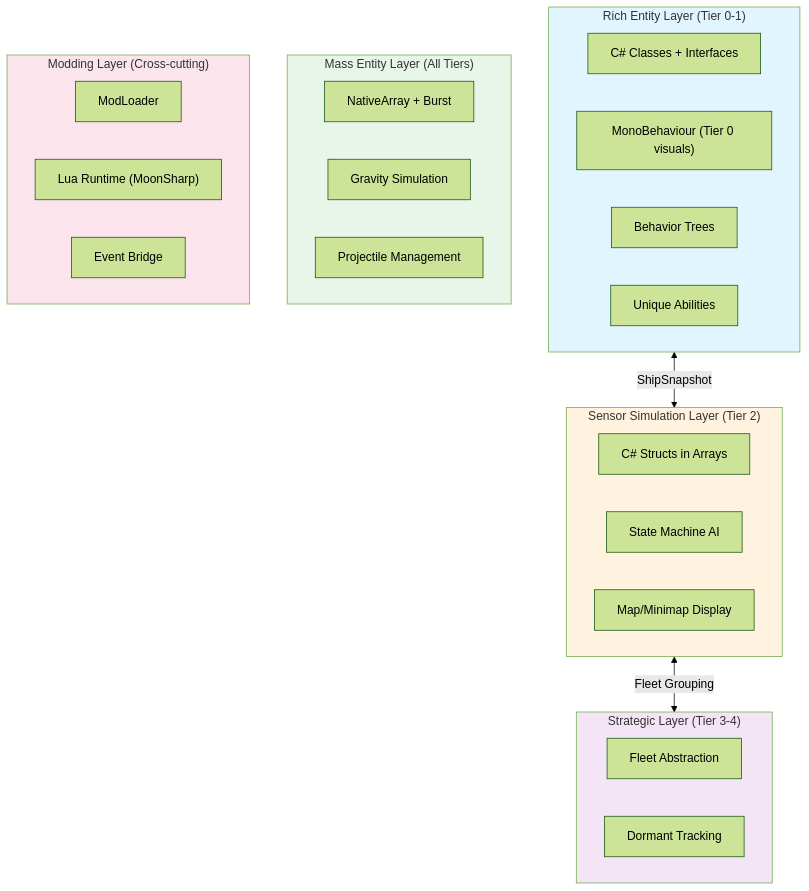
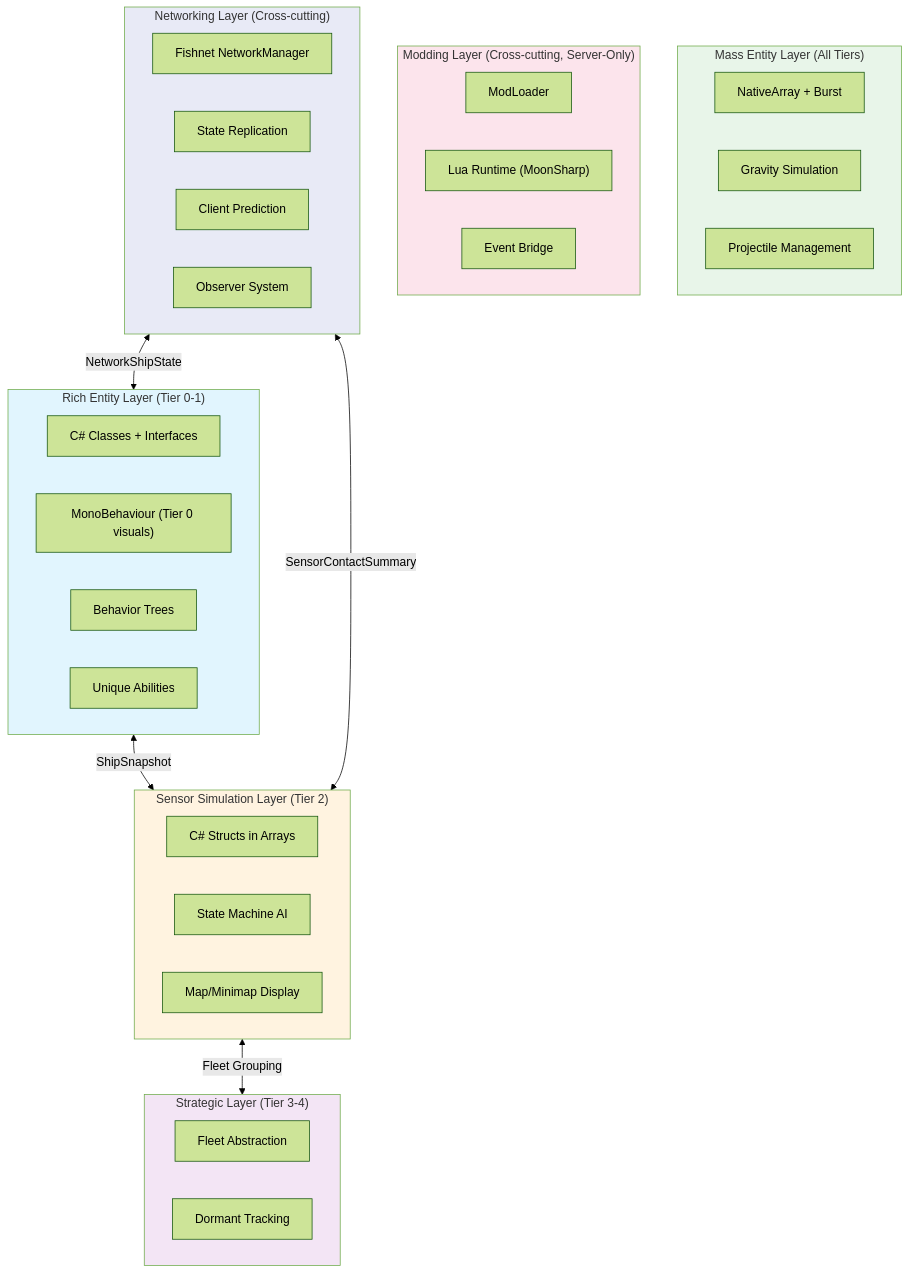
The first of 5 diagrams in .obsidian/architecture/00-overview.md (zephkelly/starfire), drawn with Mermaid (forest theme) before and after one commit. The commit also changed other lines of this file and 1787 other files, not shown here.

````diff
--- a/.obsidian/architecture/00-overview.md
+++ b/.obsidian/architecture/00-overview.md
@@ -21,46 +25,57 @@
 ```mermaid
 graph TB
     subgraph RICH["Rich Entity Layer (Tier 0-1)"]
         direction LR
         OOP["C# Classes + Interfaces"]
         MONO["MonoBehaviour (Tier 0 visuals)"]
         BT["Behavior Trees"]
         ABILITY["Unique Abilities"]
     end
 
     subgraph SENSOR["Sensor Simulation Layer (Tier 2)"]
         direction LR
         STRUCT["C# Structs in Arrays"]
         SM["State Machine AI"]
         MAP["Map/Minimap Display"]
     end
 
     subgraph STRATEGIC["Strategic Layer (Tier 3-4)"]
         direction LR
         FLEET["Fleet Abstraction"]
         DORMANT["Dormant Tracking"]
     end
 
     subgraph MASS["Mass Entity Layer (All Tiers)"]
         direction LR
         NATIVE["NativeArray + Burst"]
         GRAV["Gravity Simulation"]
         PROJ["Projectile Management"]
     end
 
-    subgraph MOD["Modding Layer (Cross-cutting)"]
+    subgraph MOD["Modding Layer (Cross-cutting, Server-Only)"]
         direction LR
         MODLOAD["ModLoader"]
         LUA["Lua Runtime (MoonSharp)"]
         BRIDGE["Event Bridge"]
     end
 
+    subgraph NET["Networking Layer (Cross-cutting)"]
+        direction LR
+        FISHNET["Fishnet NetworkManager"]
+        REPL["State Replication"]
+        PRED["Client Prediction"]
+        OBS["Observer System"]
+    end
+
     RICH <-->|"ShipSnapshot"| SENSOR
     SENSOR <-->|"Fleet Grouping"| STRATEGIC
+    NET <-->|"NetworkShipState"| RICH
+    NET <-->|"SensorContactSummary"| SENSOR
 
     style RICH fill:#e1f5fe
     style SENSOR fill:#fff3e0
     style STRATEGIC fill:#f3e5f5
     style MASS fill:#e8f5e9
     style MOD fill:#fce4ec
+    style NET fill:#e8eaf6
 ```
````
